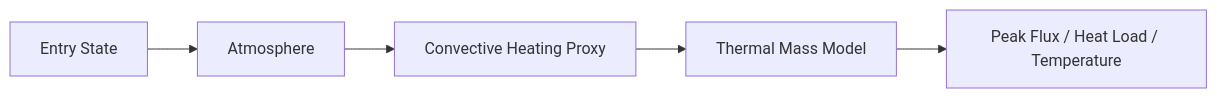
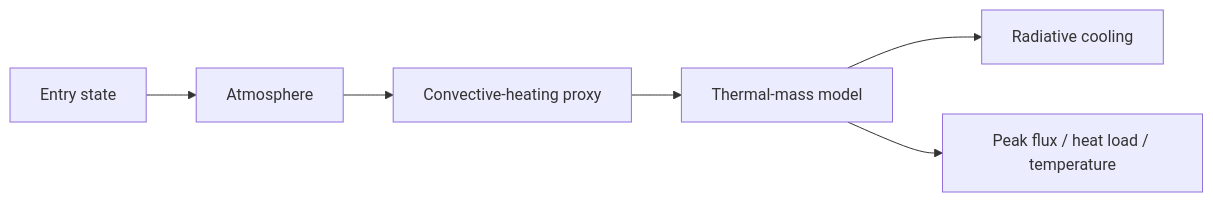
The diagram in README.md (skytruong90/Aero-Thermal-Reentry-Analysis), drawn with Mermaid before and after one commit. The commit also changed other lines of this file, not shown here.

Commit message:
Expand aero-thermal analysis README

````diff
--- a/README.md
+++ b/README.md
@@ -14,7 +26,8 @@
 ```mermaid
 flowchart LR
- E[Entry State] --> A[Atmosphere]
- A --> H[Convective Heating Proxy]
- H --> T[Thermal Mass Model]
- T --> M[Peak Flux / Heat Load / Temperature]
+ E[Entry state] --> A[Atmosphere]
+ A --> H[Convective-heating proxy]
+ H --> T[Thermal-mass model]
+ T --> R[Radiative cooling]
+ T --> M[Peak flux / heat load / temperature]
 ```
````
